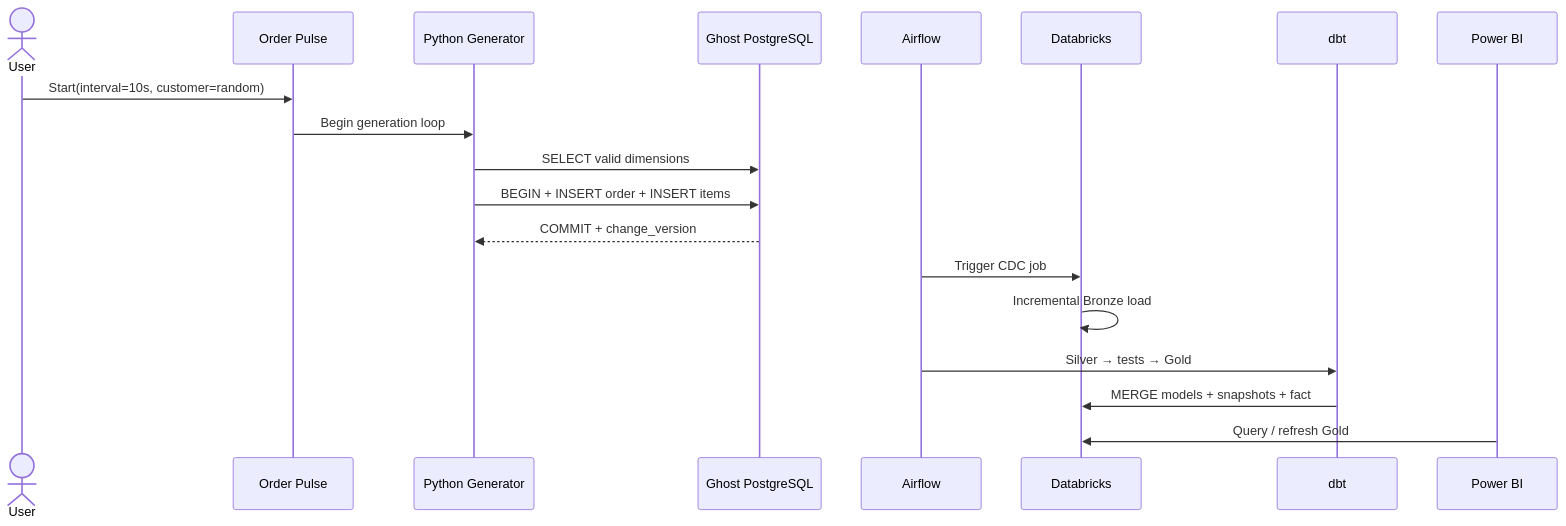
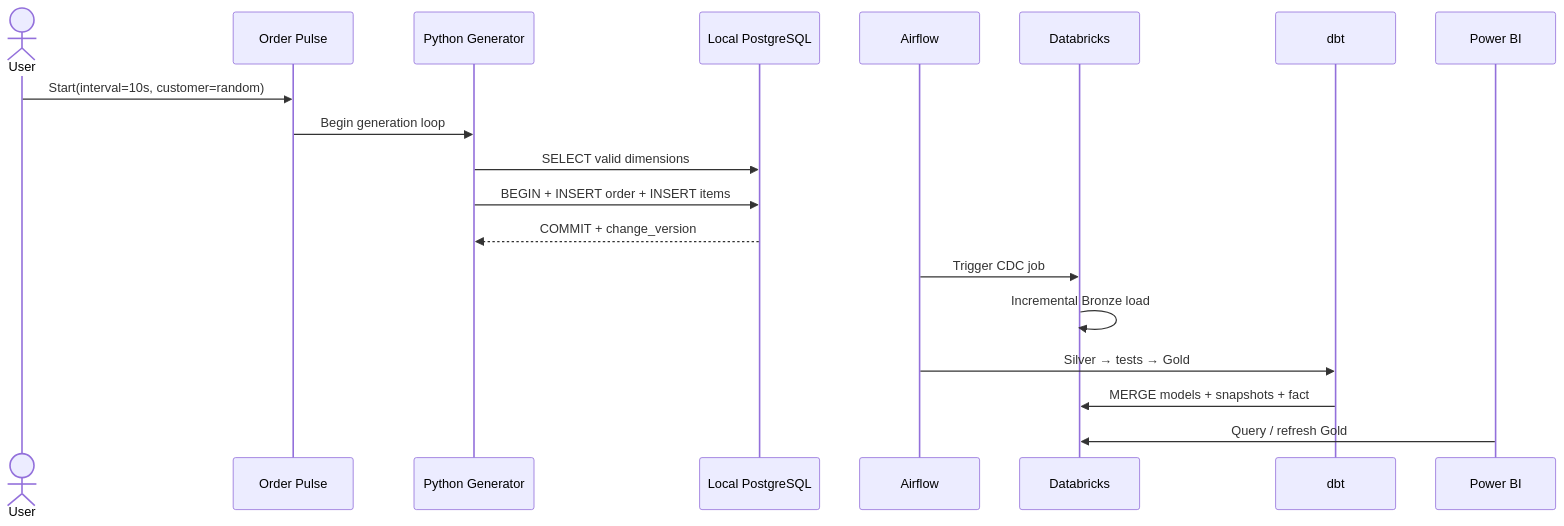
One commit to amine-LabsCraft/Walmart_streaming_Flow changed the second of 6 diagrams in README.md. Above: the diagram before and after it, drawn with Mermaid. The commit also changed other lines of this file and 20 other files, not shown here.

First line of the commit message:
feat: replace Ghost PostgreSQL with a local Docker source database

````diff
--- a/README.md
+++ b/README.md
@@ -133,22 +133,22 @@
 ```mermaid
 sequenceDiagram
     actor User
     participant UI as Order Pulse
     participant Gen as Python Generator
-    participant PG as Ghost PostgreSQL
+    participant PG as Local PostgreSQL
     participant AF as Airflow
     participant DBX as Databricks
     participant DBT as dbt
     participant BI as Power BI
 
     User->>UI: Start(interval=10s, customer=random)
     UI->>Gen: Begin generation loop
     Gen->>PG: SELECT valid dimensions
     Gen->>PG: BEGIN + INSERT order + INSERT items
     PG-->>Gen: COMMIT + change_version
     AF->>DBX: Trigger CDC job
     DBX->>DBX: Incremental Bronze load
     AF->>DBT: Silver → tests → Gold
     DBT->>DBX: MERGE models + snapshots + fact
     BI->>DBX: Query / refresh Gold
 ```
````
